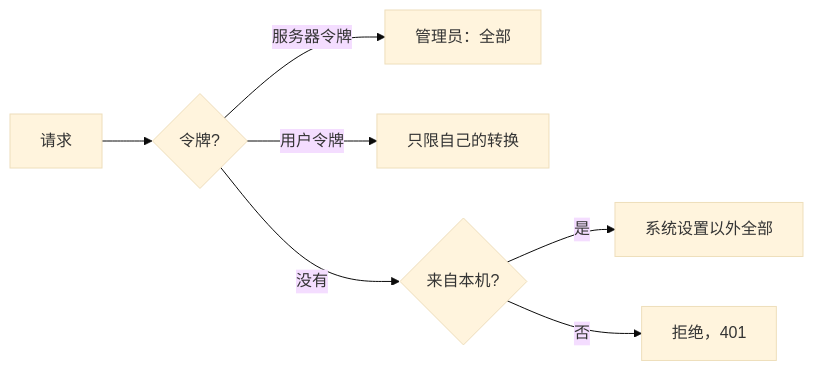
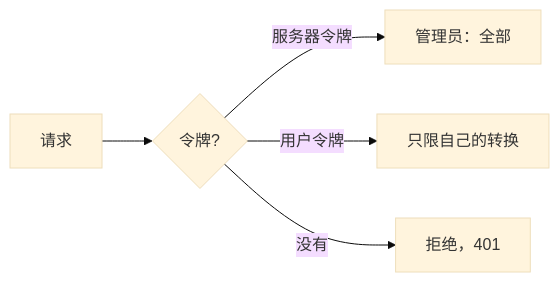
Before and after one commit to Ynewtime/markitai: the first of 2 diagrams in website/zh/guide/serve.md, drawn with Mermaid (base theme). The commit also changed other lines of this file and 38 other files, not shown here.

````diff
--- a/website/zh/guide/serve.md
+++ b/website/zh/guide/serve.md
@@ -40,9 +38,7 @@
 ```mermaid
 flowchart LR
   R[请求] --> T{令牌?}
   T -->|服务器令牌| A[管理员：全部]
   T -->|用户令牌| U[只限自己的转换]
-  T -->|没有| L{来自本机?}
-  L -->|是| A2[系统设置以外全部]
-  L -->|否| N[拒绝，401]
+  T -->|没有| N[拒绝，401]
 ```
````
